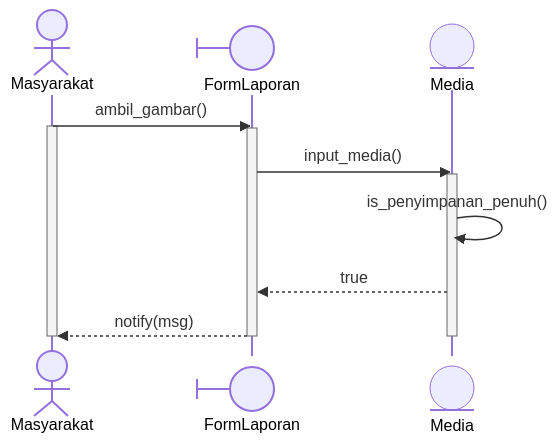
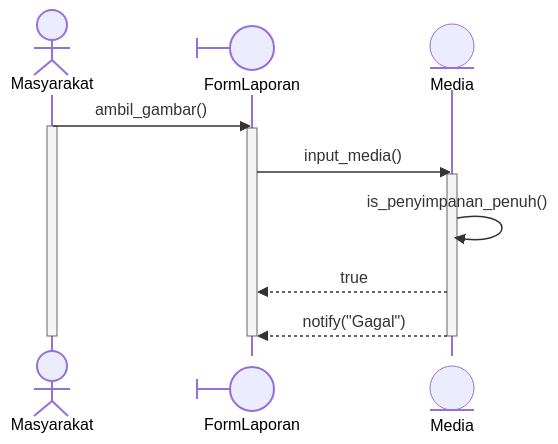
One commit to star-scripter/IF2150-RPL-K03-G02 changed the eighth of 28 diagrams in docs/M7/K03_G02_DPPL.md. Above: the diagram before and after it, drawn with Mermaid. The commit also changed other lines of this file, not shown here.

````diff
--- a/docs/M7/K03_G02_DPPL.md
+++ b/docs/M7/K03_G02_DPPL.md
@@ -505,19 +509,19 @@
 ```mermaid
 %%{init: {'themeCSS': '.actor-line { stroke-dasharray: 4, 4; }'}}%%
 sequenceDiagram
     actor M as Masyarakat
     participant FL@{"type":"boundary"} as FormLaporan
     participant ME@{"type":"entity"} as Media
 
     M->>FL: ambil_gambar()
     activate M
     activate FL
     FL->>ME: input_media()
     activate ME
     ME->>ME: is_penyimpanan_penuh()
     ME-->>FL: true
-    FL-->>M: notify(msg)
+    ME-->>FL: notify("Gagal")
     deactivate M
     deactivate FL
     deactivate ME
 ```
````
